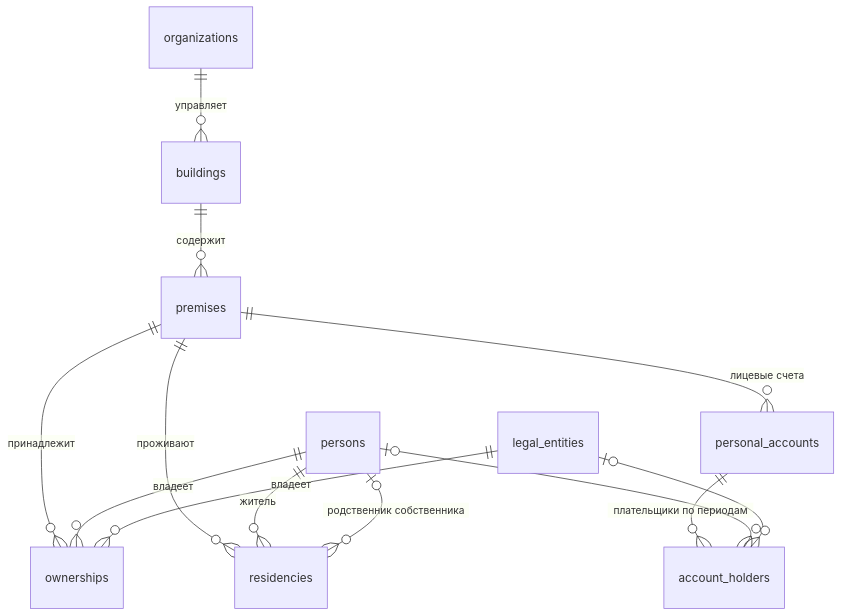
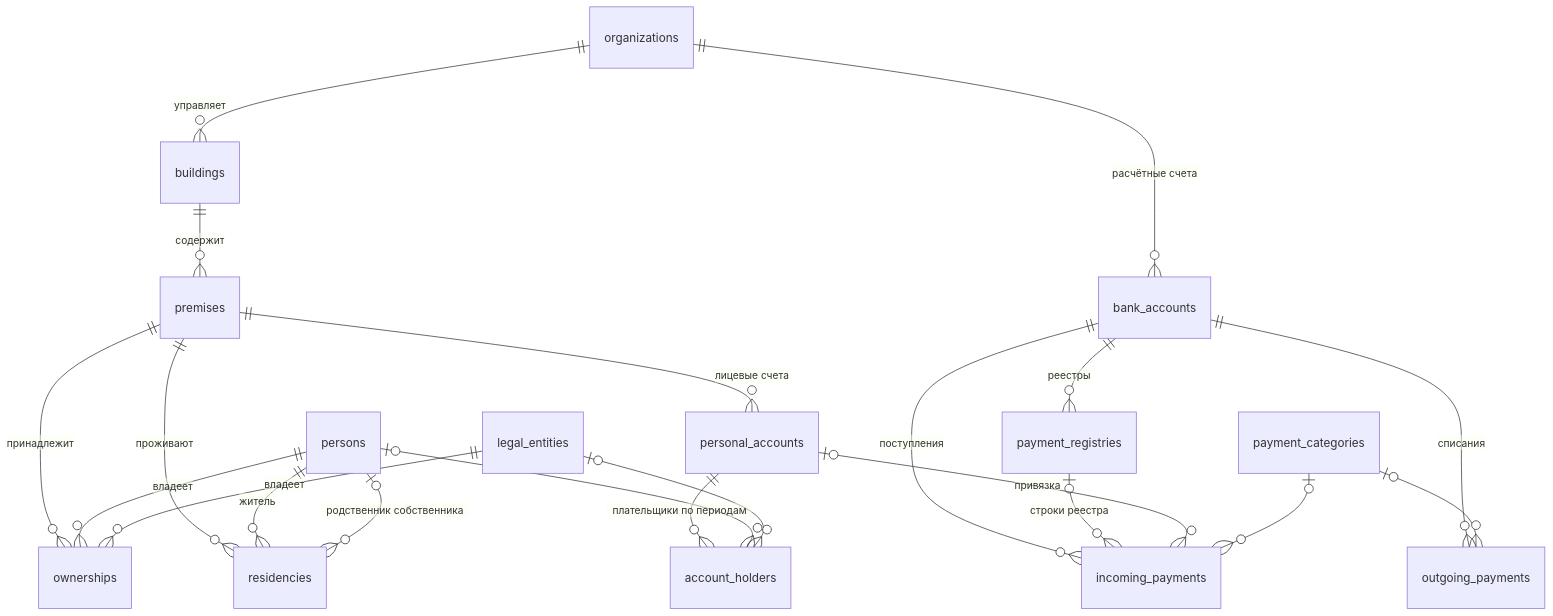
One commit to lobanovsky/dom-backend changed the diagram in README.md. Above: the diagram before and after it, drawn with Mermaid. The commit also changed other lines of this file and 25 other files, not shown here.

First line of the commit message:
Платежи: банковские счета, входящие и исходящие платежи, реестры Сбера

````diff
--- a/README.md
+++ b/README.md
@@ -14,15 +14,23 @@
 ```mermaid
 erDiagram
     organizations ||--o{ buildings : "управляет"
     buildings ||--o{ premises : "содержит"
     premises ||--o{ ownerships : "принадлежит"
     persons ||--o{ ownerships : "владеет"
     legal_entities ||--o{ ownerships : "владеет"
     premises ||--o{ residencies : "проживают"
     persons ||--o{ residencies : "житель"
     persons |o--o{ residencies : "родственник собственника"
     premises ||--o{ personal_accounts : "лицевые счета"
     personal_accounts ||--o{ account_holders : "плательщики по периодам"
     persons |o--o{ account_holders : ""
     legal_entities |o--o{ account_holders : ""
+    organizations ||--o{ bank_accounts : "расчётные счета"
+    bank_accounts ||--o{ payment_registries : "реестры"
+    bank_accounts ||--o{ incoming_payments : "поступления"
+    bank_accounts ||--o{ outgoing_payments : "списания"
+    payment_registries |o--o{ incoming_payments : "строки реестра"
+    personal_accounts |o--o{ incoming_payments : "привязка"
+    payment_categories |o--o{ incoming_payments : ""
+    payment_categories |o--o{ outgoing_payments : ""
 ```
````
